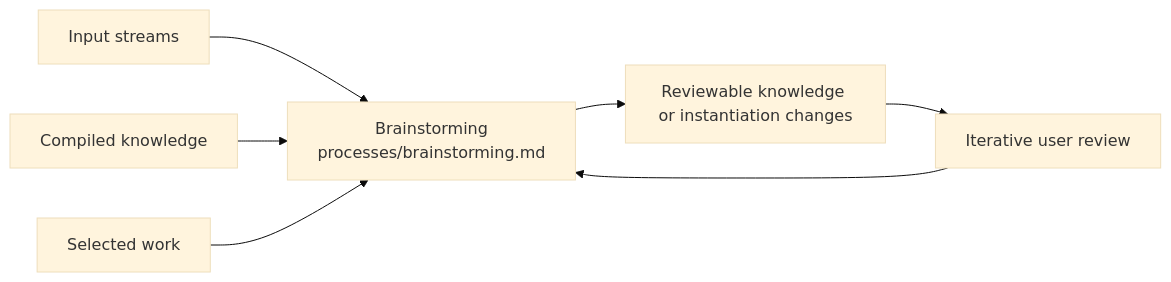
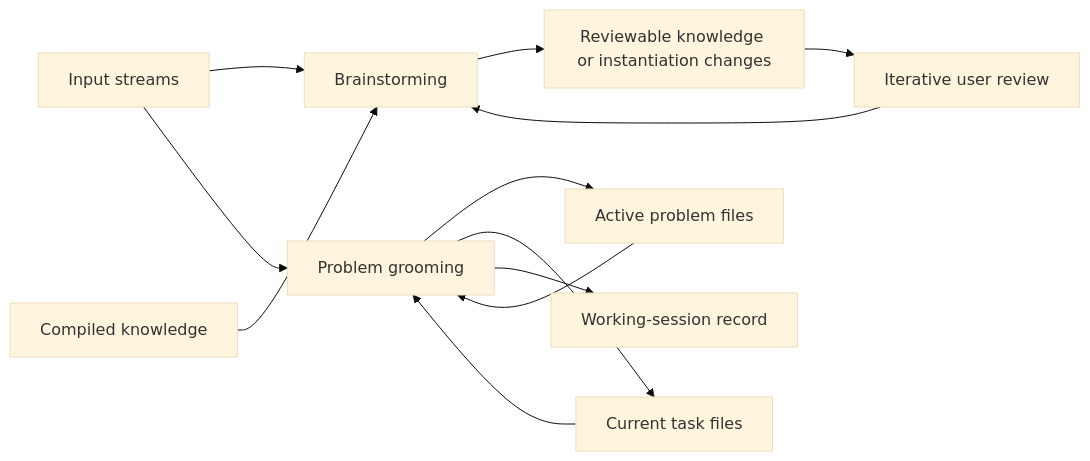
The fourth of 5 diagrams in framework/VISUALIZATION.md (flooper68/adaptive-problem-solving-systems), drawn with Mermaid (base theme) before and after one commit. The commit also changed other lines of this file and 63 other files, not shown here.

Commit message:
feat: add goal-linked problem and task workflow

````diff
--- a/framework/VISUALIZATION.md
+++ b/framework/VISUALIZATION.md
@@ -93,9 +93,15 @@
 ```mermaid
 flowchart LR
-    inputStreams["Input streams"] --> session["Brainstorming\nprocesses/brainstorming.md"]
-    knowledge["Compiled knowledge"] --> session
-    plan["Selected work"] --> session
-    session --> artifact["Reviewable knowledge or instantiation changes"]
+    inputStreams["Input streams"] --> brainstorming["Brainstorming"]
+    knowledge["Compiled knowledge"] --> brainstorming
+    brainstorming --> artifact["Reviewable knowledge or instantiation changes"]
     artifact --> review["Iterative user review"]
-    review --> session
+    review --> brainstorming
+
+    inputStreams --> grooming["Problem grooming"]
+    problemFiles["Active problem files"] --> grooming
+    tasks["Current task files"] --> grooming
+    grooming --> problemFiles
+    grooming --> tasks
+    grooming --> session["Working-session record"]
 ```
````
